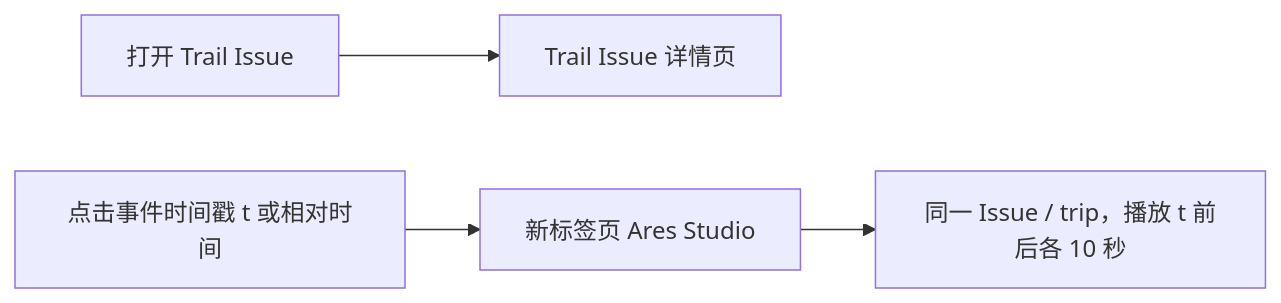
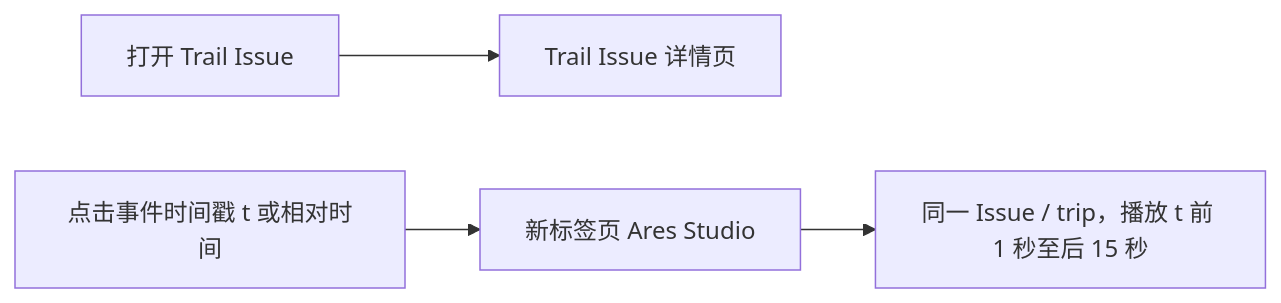
One commit to Jh271441/ra_tools changed the first of 2 diagrams in ra_triage_dashboard/docs/ra-event-navigation-and-cache.md. Above: the diagram before and after it, drawn with Mermaid. The commit also changed other lines of this file and 12 other files, not shown here.

````diff
--- a/ra_triage_dashboard/docs/ra-event-navigation-and-cache.md
+++ b/ra_triage_dashboard/docs/ra-event-navigation-and-cache.md
@@ -52,6 +60,6 @@
 ```mermaid
 flowchart LR
     A[打开 Trail Issue] --> B[Trail Issue 详情页]
     C[点击事件时间戳 t 或相对时间] --> D[新标签页 Ares Studio]
-    D --> E[同一 Issue / trip，播放 t 前后各 10 秒]
+    D --> E[同一 Issue / trip，播放 t 前 1 秒至后 15 秒]
 ```
````
